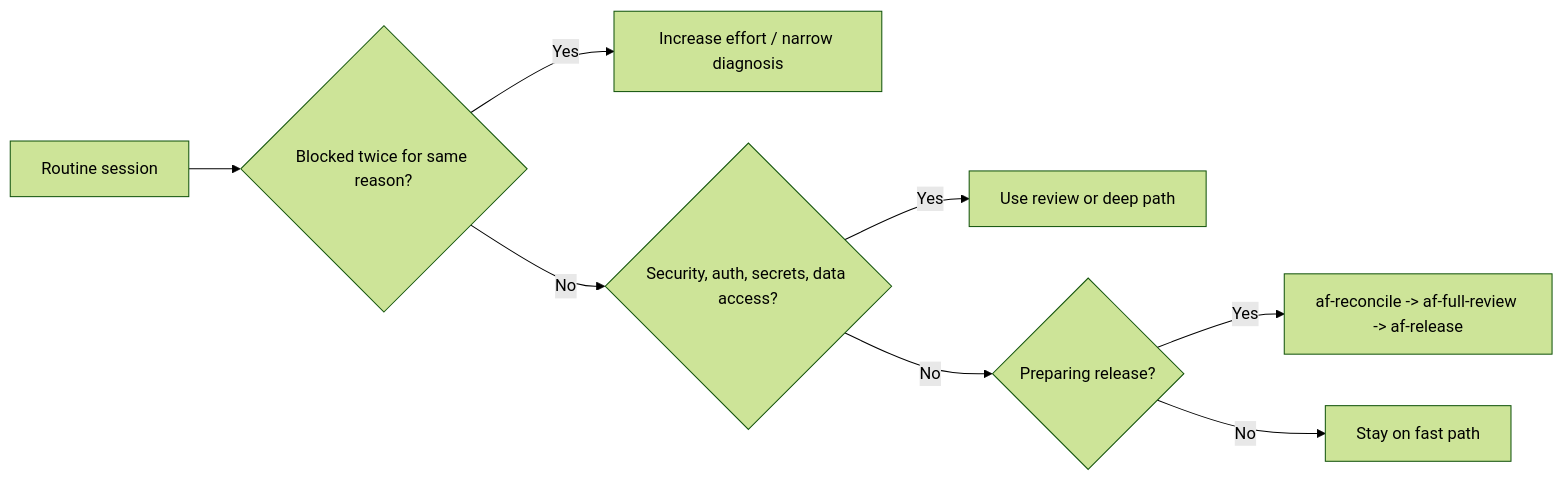
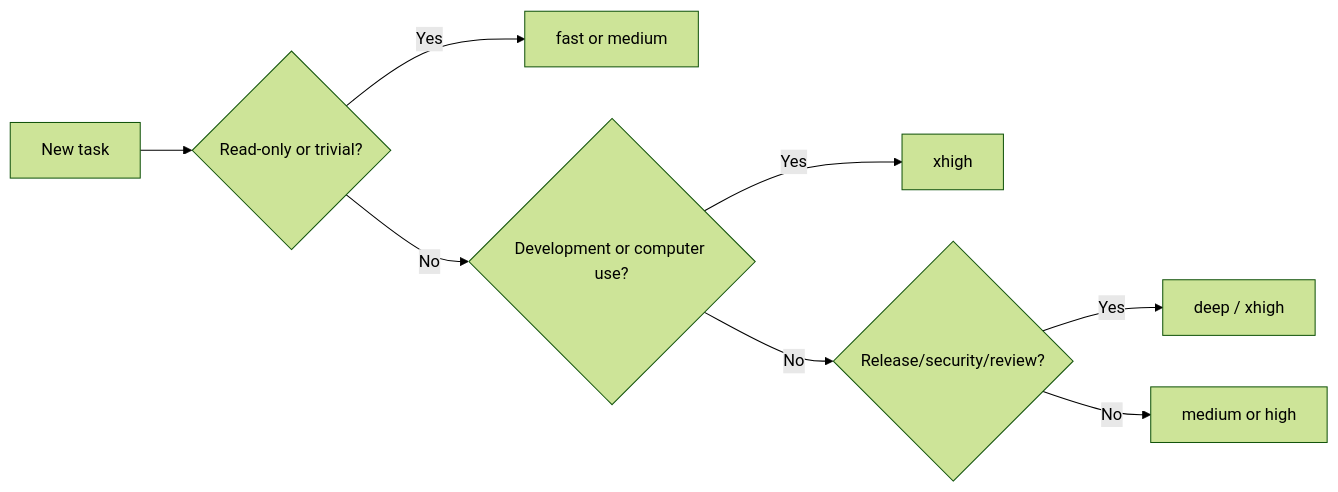
Before and after one commit to miketaheny/codex-setup: the second of 3 diagrams in docs/AGENT-FLOW-CODEX-GUIDE.md, drawn with Mermaid (forest theme). The commit also changed other lines of this file and 11 other files, not shown here.

Commit message:
chore: simplify fast path

````diff
--- a/docs/AGENT-FLOW-CODEX-GUIDE.md
+++ b/docs/AGENT-FLOW-CODEX-GUIDE.md
@@ -74,10 +75,10 @@
 ```mermaid
 flowchart LR
-    A["Routine session"] --> B{"Blocked twice for same reason?"}
-    B -->|Yes| H["Increase effort / narrow diagnosis"]
-    B -->|No| C{"Security, auth, secrets, data access?"}
-    C -->|Yes| D["Use review or deep path"]
-    C -->|No| E{"Preparing release?"}
-    E -->|Yes| F["af-reconcile -> af-full-review -> af-release"]
-    E -->|No| G["Stay on fast path"]
+    A["New task"] --> B{"Read-only or trivial?"}
+    B -->|Yes| C["fast or medium"]
+    B -->|No| D{"Development or computer use?"}
+    D -->|Yes| E["xhigh"]
+    D -->|No| F{"Release/security/review?"}
+    F -->|Yes| G["deep / xhigh"]
+    F -->|No| H["medium or high"]
 ```
````
